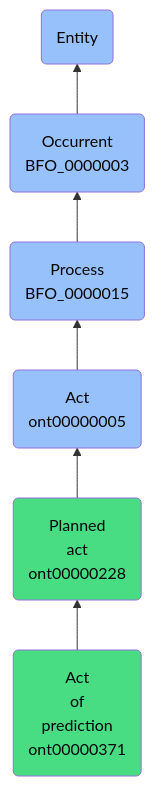
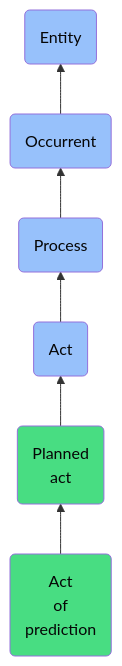
One commit to jupyter-naas/abi changed the diagram in docs/ontology/reference/model/Entity/Occurrent/Process/Act/Planned act/Act of prediction/Act of prediction.md. Above: the diagram before and after it, drawn with Mermaid. The commit also changed other lines of this file and 1430 other files, not shown here.

````diff
--- a/docs/ontology/reference/model/Entity/Occurrent/Process/Act/Planned act/Act of prediction/Act of prediction.md
+++ b/docs/ontology/reference/model/Entity/Occurrent/Process/Act/Planned act/Act of prediction/Act of prediction.md
@@ -26,13 +26,13 @@
 ```mermaid
 graph BT
-    ont00000371(Act<br>of<br>prediction<br>ont00000371):::ABI-->ont00000228
-    ont00000228(Planned<br>act<br>ont00000228):::ABI-->ont00000005
-    ont00000005(Act<br>ont00000005):::BFO-->BFO_0000015
-    BFO_0000015(Process<br>BFO_0000015):::BFO-->BFO_0000003
-    BFO_0000003(Occurrent<br>BFO_0000003):::BFO-->BFO_0000001
+    ont00000371(Act<br>of<br>prediction):::ABI-->ont00000228
+    ont00000228(Planned<br>act):::ABI-->ont00000005
+    ont00000005(Act):::BFO-->BFO_0000015
+    BFO_0000015(Process):::BFO-->BFO_0000003
+    BFO_0000003(Occurrent):::BFO-->BFO_0000001
     BFO_0000001(Entity):::BFO
     
     classDef BFO fill:#97c1fb,color:#060606
     classDef CCO fill:#e4c51e,color:#060606
     classDef ABI fill:#48DD82,color:#060606
 ```
````
